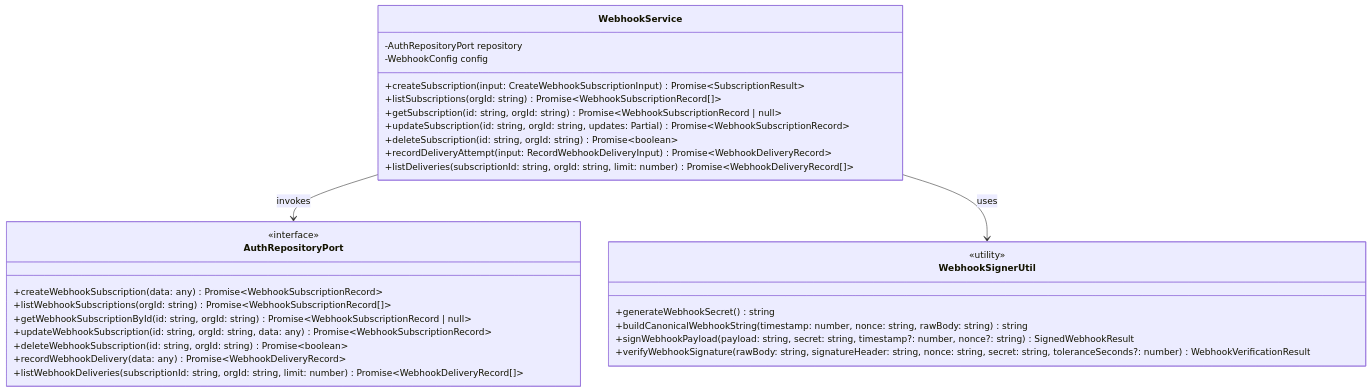
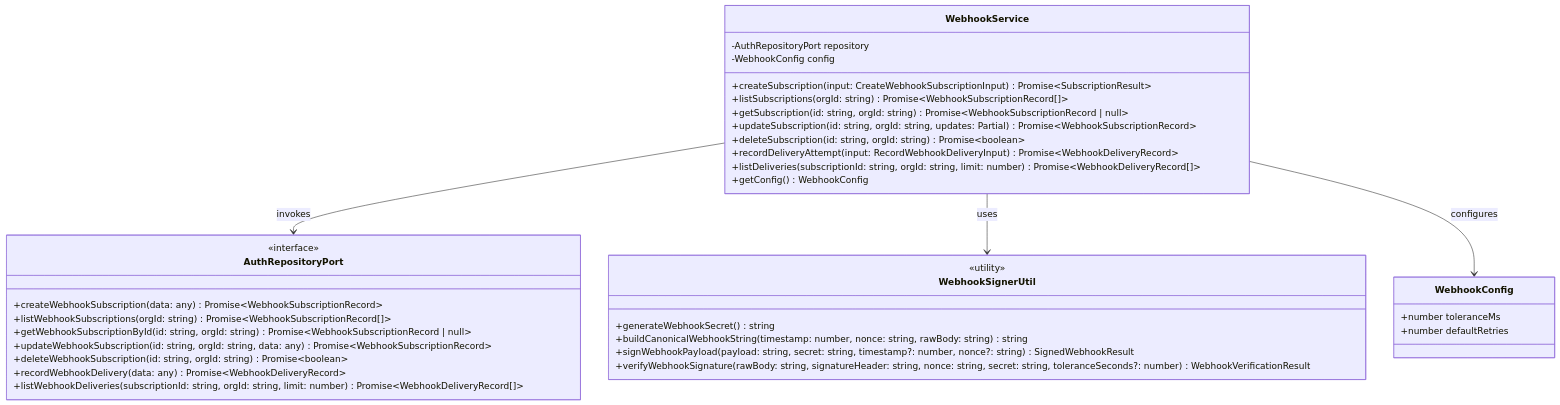
Before and after one commit to Scaibu/auth: the third of 10 diagrams in adr/0033-webhook-cryptographic-signatures-and-anti-replay-nonces.md, drawn with Mermaid. The commit also changed other lines of this file and 8 other files, not shown here.

````diff
--- a/adr/0033-webhook-cryptographic-signatures-and-anti-replay-nonces.md
+++ b/adr/0033-webhook-cryptographic-signatures-and-anti-replay-nonces.md
@@ -140,36 +207,43 @@
 ```mermaid
 classDiagram
     class WebhookService {
         -AuthRepositoryPort repository
         -WebhookConfig config
         +createSubscription(input: CreateWebhookSubscriptionInput) Promise~SubscriptionResult~
         +listSubscriptions(orgId: string) Promise~WebhookSubscriptionRecord[]~
         +getSubscription(id: string, orgId: string) Promise~WebhookSubscriptionRecord | null~
         +updateSubscription(id: string, orgId: string, updates: Partial) Promise~WebhookSubscriptionRecord~
         +deleteSubscription(id: string, orgId: string) Promise~boolean~
         +recordDeliveryAttempt(input: RecordWebhookDeliveryInput) Promise~WebhookDeliveryRecord~
         +listDeliveries(subscriptionId: string, orgId: string, limit: number) Promise~WebhookDeliveryRecord[]~
+        +getConfig() WebhookConfig
     }
 
     class WebhookSignerUtil {
         <<utility>>
         +generateWebhookSecret() string
         +buildCanonicalWebhookString(timestamp: number, nonce: string, rawBody: string) string
         +signWebhookPayload(payload: string, secret: string, timestamp?: number, nonce?: string) SignedWebhookResult
         +verifyWebhookSignature(rawBody: string, signatureHeader: string, nonce: string, secret: string, toleranceSeconds?: number) WebhookVerificationResult
+    }
+
+    class WebhookConfig {
+        +number toleranceMs
+        +number defaultRetries
     }
 
     class AuthRepositoryPort {
         <<interface>>
         +createWebhookSubscription(data: any) Promise~WebhookSubscriptionRecord~
         +listWebhookSubscriptions(orgId: string) Promise~WebhookSubscriptionRecord[]~
         +getWebhookSubscriptionById(id: string, orgId: string) Promise~WebhookSubscriptionRecord | null~
         +updateWebhookSubscription(id: string, orgId: string, data: any) Promise~WebhookSubscriptionRecord~
         +deleteWebhookSubscription(id: string, orgId: string) Promise~boolean~
         +recordWebhookDelivery(data: any) Promise~WebhookDeliveryRecord~
         +listWebhookDeliveries(subscriptionId: string, orgId: string, limit: number) Promise~WebhookDeliveryRecord[]~
     }
 
     WebhookService --> AuthRepositoryPort : invokes
     WebhookService --> WebhookSignerUtil : uses
+    WebhookService --> WebhookConfig : configures
 ```
````
